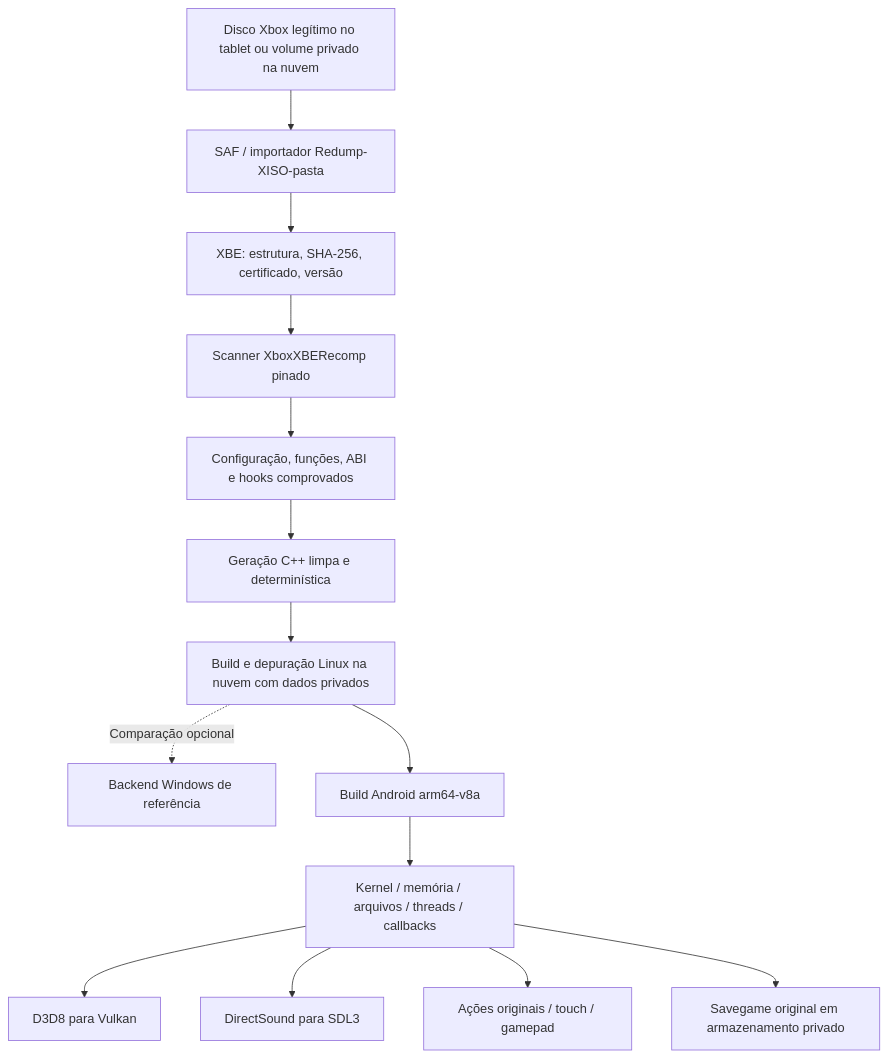
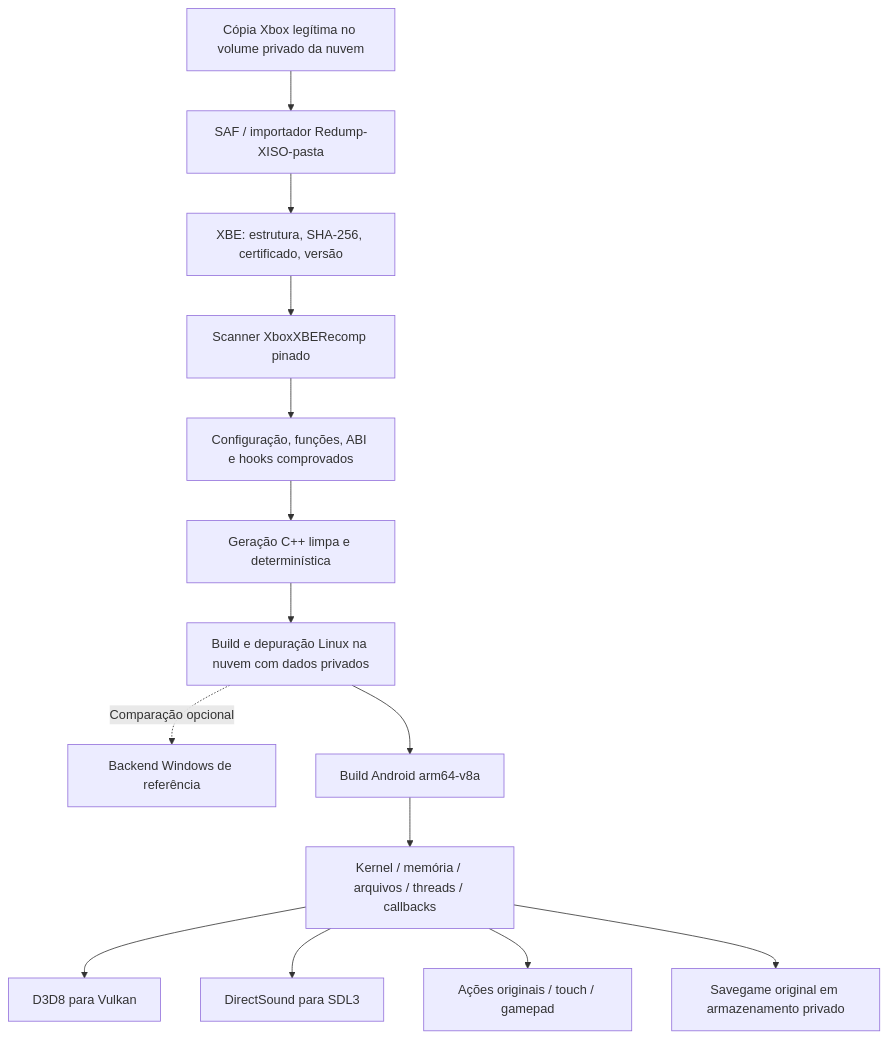
The diagram in docs/ARCHITECTURE.md (Duxton347/urban-chaos-android-recomp), drawn with Mermaid before and after one commit. The commit also changed other lines of this file and 6 other files, not shown here.

Commit message:
Define the ISO-based launcher flow from the audited Black implementation

````diff
--- a/docs/ARCHITECTURE.md
+++ b/docs/ARCHITECTURE.md
@@ -7,16 +9,16 @@
 ```mermaid
 flowchart TD
-  Disc[Disco Xbox legítimo no tablet ou volume privado na nuvem] --> Import[SAF / importador Redump-XISO-pasta]
+  Disc[Cópia Xbox legítima no volume privado da nuvem] --> Import[SAF / importador Redump-XISO-pasta]
   Import --> Validate[XBE: estrutura, SHA-256, certificado, versão]
   Validate --> Scan[Scanner XboxXBERecomp pinado]
   Scan --> Review[Configuração, funções, ABI e hooks comprovados]
   Review --> Generate[Geração C++ limpa e determinística]
   Generate --> PC[Build e depuração Linux na nuvem com dados privados]
   PC -. Comparação opcional .-> Windows[Backend Windows de referência]
   PC --> ARM[Build Android arm64-v8a]
   ARM --> Runtime[Kernel / memória / arquivos / threads / callbacks]
   Runtime --> GPU[D3D8 para Vulkan]
   Runtime --> Audio[DirectSound para SDL3]
   Runtime --> Input[Ações originais / touch / gamepad]
   Runtime --> Saves[Savegame original em armazenamento privado]
 ```
````
